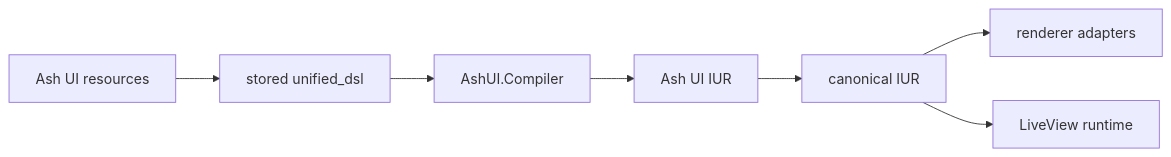
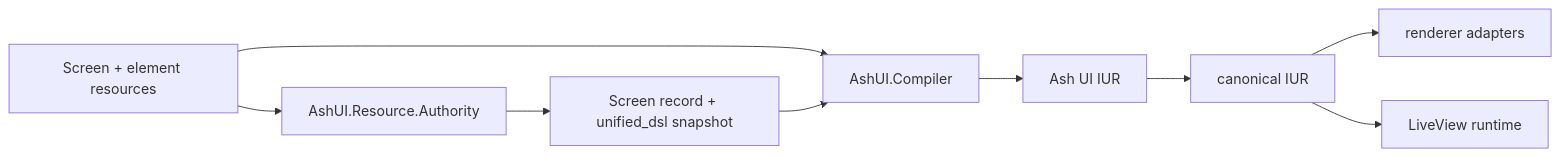
One commit to The-Metagraph/ash_ui changed the diagram in README.md. Above: the diagram before and after it, drawn with Mermaid. The commit also changed other lines of this file and 7 other files, not shown here.

````diff
--- a/README.md
+++ b/README.md
@@ -19,17 +26,20 @@
 ```mermaid
 flowchart LR
-    Resources["Ash UI resources"]
-    DSL["stored unified_dsl"]
+    Resources["Screen + element resources"]
+    Authority["AshUI.Resource.Authority"]
+    Snapshot["Screen record + unified_dsl snapshot"]
     Compiler["AshUI.Compiler"]
     IUR["Ash UI IUR"]
     Canonical["canonical IUR"]
     Runtime["LiveView runtime"]
     Renderers["renderer adapters"]
 
-    Resources --> DSL
-    DSL --> Compiler
+    Resources --> Authority
+    Authority --> Snapshot
+    Resources --> Compiler
+    Snapshot --> Compiler
     Compiler --> IUR
     IUR --> Canonical
     Canonical --> Renderers
     Canonical --> Runtime
 ```
````
